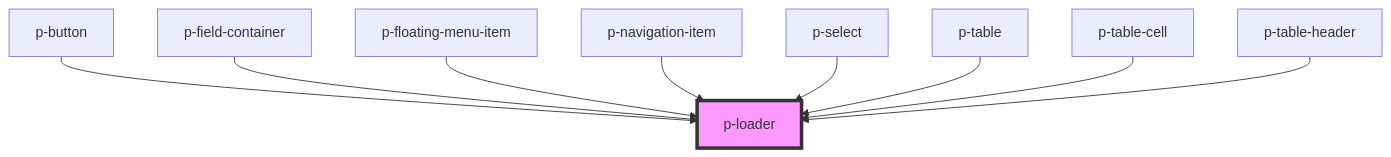
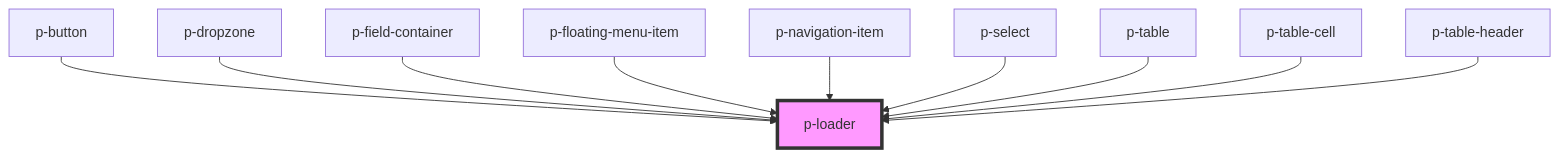
One commit to Employes/Paperless changed the diagram in packages/core/src/components/atoms/loader/readme.md. Above: the diagram before and after it, drawn with Mermaid. The commit also changed other lines of this file and 16 other files, not shown here.

````diff
--- a/packages/core/src/components/atoms/loader/readme.md
+++ b/packages/core/src/components/atoms/loader/readme.md
@@ -33,12 +34,13 @@
 ```mermaid
 graph TD;
   p-button --> p-loader
+  p-dropzone --> p-loader
   p-field-container --> p-loader
   p-floating-menu-item --> p-loader
   p-navigation-item --> p-loader
   p-select --> p-loader
   p-table --> p-loader
   p-table-cell --> p-loader
   p-table-header --> p-loader
   style p-loader fill:#f9f,stroke:#333,stroke-width:4px
 ```
````
